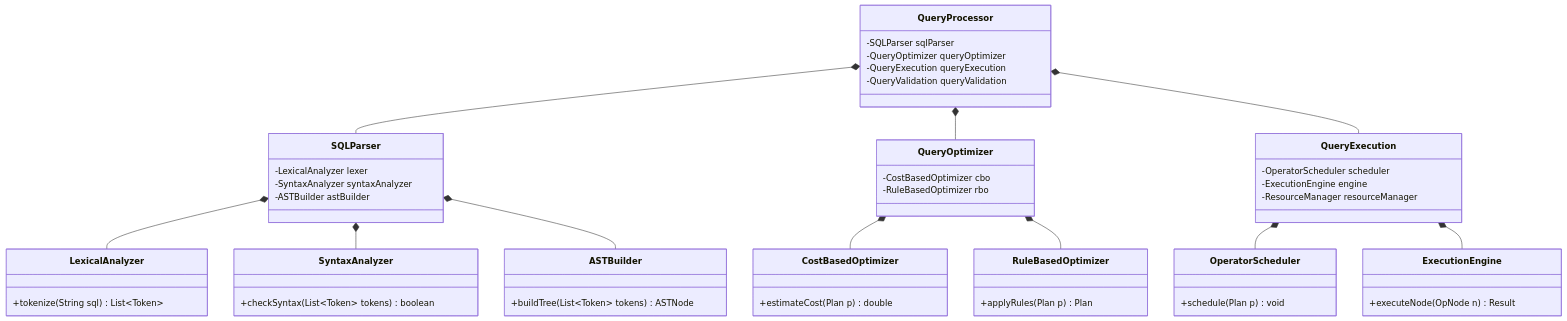
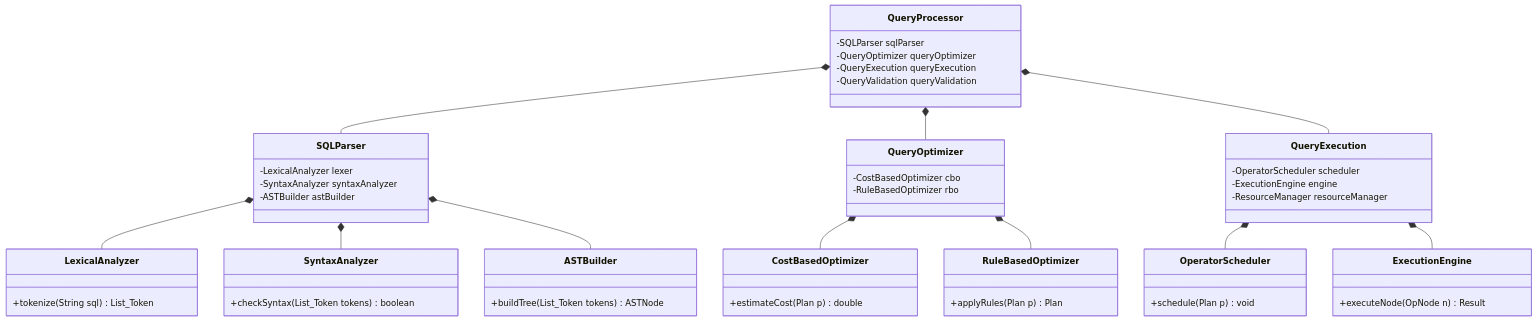
The third of 9 diagrams in README.md (TamBui1706/DBMS), drawn with Mermaid before and after one commit. The commit also changed other lines of this file, not shown here.

Commit message:
Fix mermaid syntax for GitHub rendering

````diff
--- a/README.md
+++ b/README.md
@@ -479,55 +479,55 @@
 ```mermaid
 classDiagram
 class QueryProcessor {
         -SQLParser sqlParser
         -QueryOptimizer queryOptimizer
         -QueryExecution queryExecution
         -QueryValidation queryValidation
     }
     class SQLParser {
         -LexicalAnalyzer lexer
         -SyntaxAnalyzer syntaxAnalyzer
         -ASTBuilder astBuilder
     }
     class LexicalAnalyzer {
-        +tokenize(String sql) List~Token~
+        +tokenize(String sql) List_Token
     }
     class SyntaxAnalyzer {
-        +checkSyntax(List~Token~ tokens) boolean
+        +checkSyntax(List_Token tokens) boolean
     }
     class ASTBuilder {
-        +buildTree(List~Token~ tokens) ASTNode
+        +buildTree(List_Token tokens) ASTNode
     }
     class QueryOptimizer {
         -CostBasedOptimizer cbo
         -RuleBasedOptimizer rbo
     }
     class CostBasedOptimizer {
         +estimateCost(Plan p) double
     }
     class RuleBasedOptimizer {
         +applyRules(Plan p) Plan
     }
     class QueryExecution {
         -OperatorScheduler scheduler
         -ExecutionEngine engine
         -ResourceManager resourceManager
     }
     class OperatorScheduler {
         +schedule(Plan p) void
     }
     class ExecutionEngine {
         +executeNode(OpNode n) Result
     }
 
     QueryProcessor *-- SQLParser
     QueryProcessor *-- QueryOptimizer
     QueryProcessor *-- QueryExecution
     SQLParser *-- LexicalAnalyzer
     SQLParser *-- SyntaxAnalyzer
     SQLParser *-- ASTBuilder
     QueryOptimizer *-- CostBasedOptimizer
     QueryOptimizer *-- RuleBasedOptimizer
     QueryExecution *-- OperatorScheduler
     QueryExecution *-- ExecutionEngine
 ```
````
